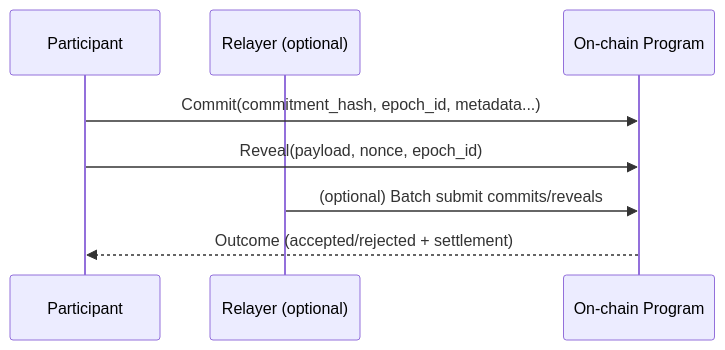
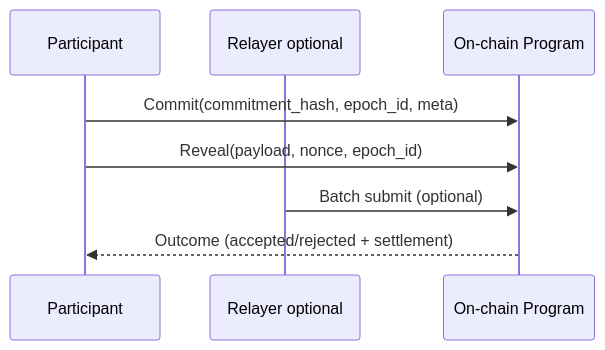
One commit to TIMLG-Protocol/timlg-protocol changed the second of 2 diagrams in docs/protocol/overview.md. Above: the diagram before and after it, drawn with Mermaid. The commit also changed other lines of this file, not shown here.

Commit message:
Fix Mermaid diagrams in protocol overview

````diff
--- a/docs/protocol/overview.md
+++ b/docs/protocol/overview.md
@@ -61,12 +61,12 @@
 ```mermaid
 sequenceDiagram
   participant P as Participant
-  participant R as Relayer (optional)
+  participant R as Relayer optional
   participant S as On-chain Program
 
-  P->>S: Commit(commitment_hash, epoch_id, metadata...)
+  P->>S: Commit(commitment_hash, epoch_id, meta)
   P->>S: Reveal(payload, nonce, epoch_id)
 
-  R->>S: (optional) Batch submit commits/reveals
+  R->>S: Batch submit (optional)
   S-->>P: Outcome (accepted/rejected + settlement)
 ```
````
